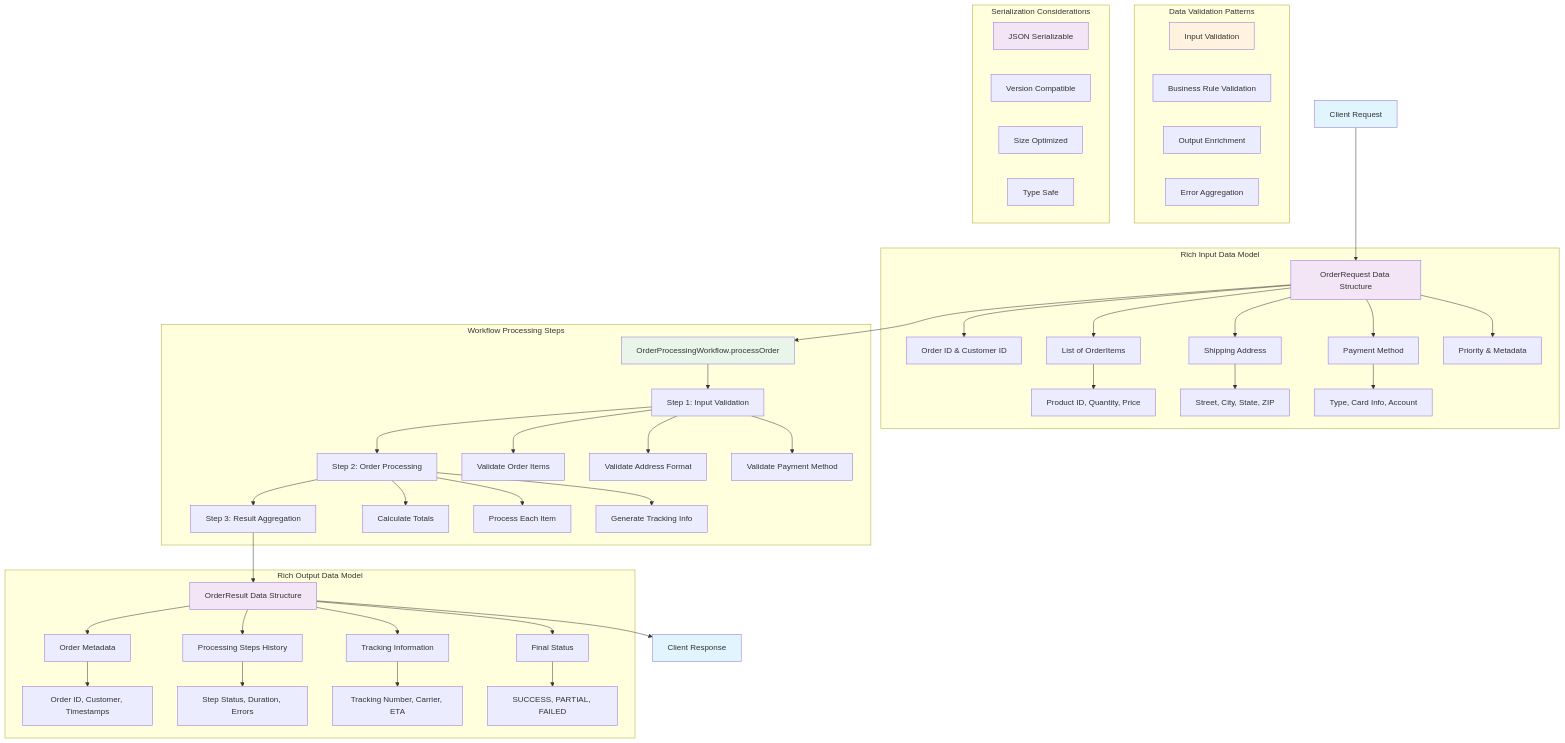
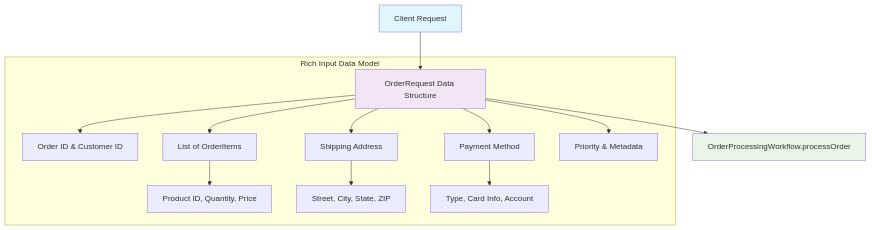
One commit to vorrawut/temporal-starter changed the first of 4 diagrams in class/modules/lesson_7/diagram.md. Above: the diagram before and after it, drawn with Mermaid. The commit also changed other lines of this file and 43 other files, not shown here.

````diff
--- a/class/modules/lesson_7/diagram.md
+++ b/class/modules/lesson_7/diagram.md
@@ -5,70 +19,22 @@
 ```mermaid
 flowchart TD
     A[Client Request] --> B[OrderRequest Data Structure]
     
     subgraph "Rich Input Data Model"
         B --> C[Order ID & Customer ID]
         B --> D[List of OrderItems]
         B --> E[Shipping Address]
         B --> F[Payment Method]
         B --> G[Priority & Metadata]
         
         D --> H[Product ID, Quantity, Price]
         E --> I[Street, City, State, ZIP]
         F --> J[Type, Card Info, Account]
     end
     
     B --> K[OrderProcessingWorkflow.processOrder]
     
-    subgraph "Workflow Processing Steps"
-        K --> L[Step 1: Input Validation]
-        L --> M[Step 2: Order Processing]
-        M --> N[Step 3: Result Aggregation]
-        
-        L --> O[Validate Order Items]
-        L --> P[Validate Address Format]
-        L --> Q[Validate Payment Method]
-        
-        M --> R[Calculate Totals]
-        M --> S[Process Each Item]
-        M --> T[Generate Tracking Info]
-    end
-    
-    N --> U[OrderResult Data Structure]
-    
-    subgraph "Rich Output Data Model"
-        U --> V[Order Metadata]
-        U --> W[Processing Steps History]
-        U --> X[Tracking Information]
-        U --> Y[Final Status]
-        
-        V --> Z[Order ID, Customer, Timestamps]
-        W --> AA[Step Status, Duration, Errors]
-        X --> BB[Tracking Number, Carrier, ETA]
-        Y --> CC[SUCCESS, PARTIAL, FAILED]
-    end
-    
-    subgraph "Data Validation Patterns"
-        DD[Input Validation]
-        EE[Business Rule Validation]
-        FF[Output Enrichment]
-        GG[Error Aggregation]
-    end
-    
-    subgraph "Serialization Considerations"
-        HH[JSON Serializable]
-        II[Version Compatible]
-        JJ[Size Optimized]
-        KK[Type Safe]
-    end
-    
-    U --> LL[Client Response]
-    
     style A fill:#e1f5fe
     style B fill:#f3e5f5
     style K fill:#e8f5e8
-    style U fill:#f3e5f5
-    style LL fill:#e1f5fe
-    style DD fill:#fff3e0
-    style HH fill:#f3e5f5
 ```
````
